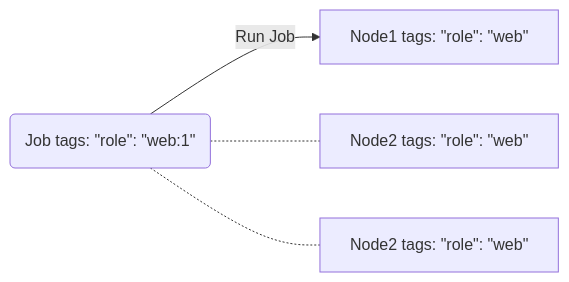
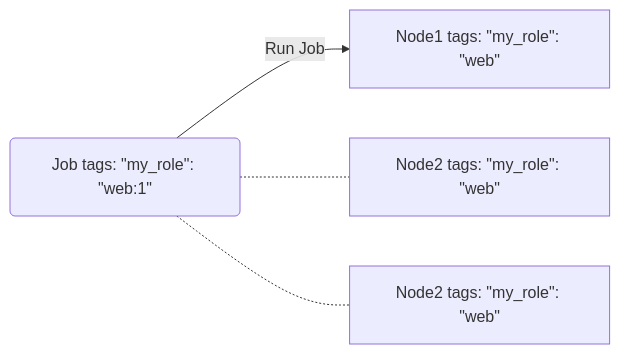
Before and after one commit to Sangisme108/UDPT: the second of 2 diagrams in website/content/usage/target-nodes-spec.md, drawn with Mermaid. The commit also changed other lines of this file, not shown here.

```diff
--- a/website/content/usage/target-nodes-spec.md
+++ b/website/content/usage/target-nodes-spec.md
@@ -49,6 +49,6 @@
 {{<mermaid align="left">}}
 graph LR;
-    J("Job tags: #quot;role#quot;: #quot;web:1#quot;") -->|Run Job|N1["Node1 tags: #quot;role#quot;: #quot;web#quot;"]
-    J -.- N2["Node2 tags: #quot;role#quot;: #quot;web#quot;"]
-    J -.- N3["Node2 tags: #quot;role#quot;: #quot;web#quot;"]
+    J("Job tags: #quot;my_role#quot;: #quot;web:1#quot;") -->|Run Job|N1["Node1 tags: #quot;my_role#quot;: #quot;web#quot;"]
+    J -.- N2["Node2 tags: #quot;my_role#quot;: #quot;web#quot;"]
+    J -.- N3["Node2 tags: #quot;my_role#quot;: #quot;web#quot;"]
 {{< /mermaid >}}
```
